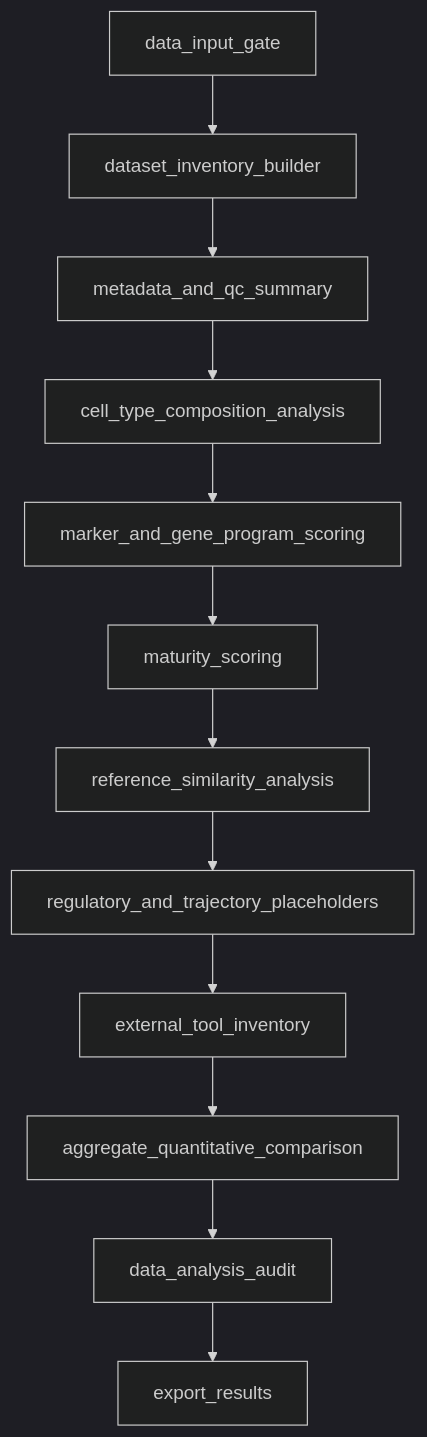
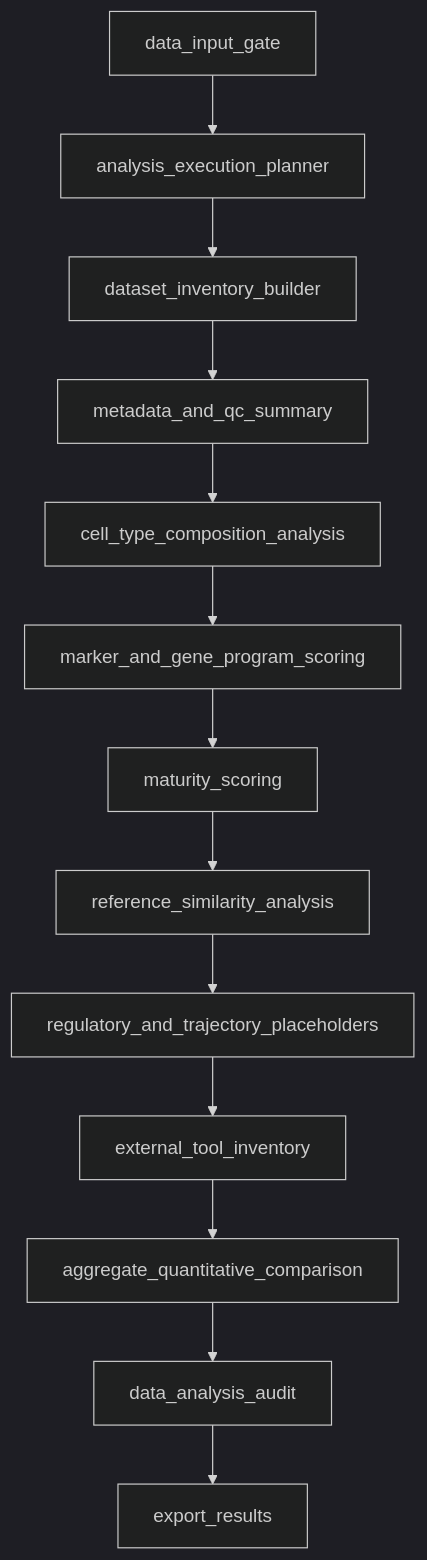
Before and after one commit to RAIN-chase/PancAgent: the third of 4 diagrams in docs/current_project_architecture.md, drawn with Mermaid (dark theme). The commit also changed other lines of this file and 39 other files, not shown here.

````diff
--- a/docs/current_project_architecture.md
+++ b/docs/current_project_architecture.md
@@ -438,14 +473,15 @@
 ```mermaid
 flowchart TD
-  A[data_input_gate] --> B[dataset_inventory_builder]
+  A[data_input_gate] --> P[analysis_execution_planner]
+  P --> B[dataset_inventory_builder]
   B --> C[metadata_and_qc_summary]
   C --> D[cell_type_composition_analysis]
   D --> E[marker_and_gene_program_scoring]
   E --> F[maturity_scoring]
   F --> G[reference_similarity_analysis]
   G --> H[regulatory_and_trajectory_placeholders]
   H --> I[external_tool_inventory]
   I --> J[aggregate_quantitative_comparison]
   J --> K[data_analysis_audit]
   K --> L[export_results]
 ```
````
